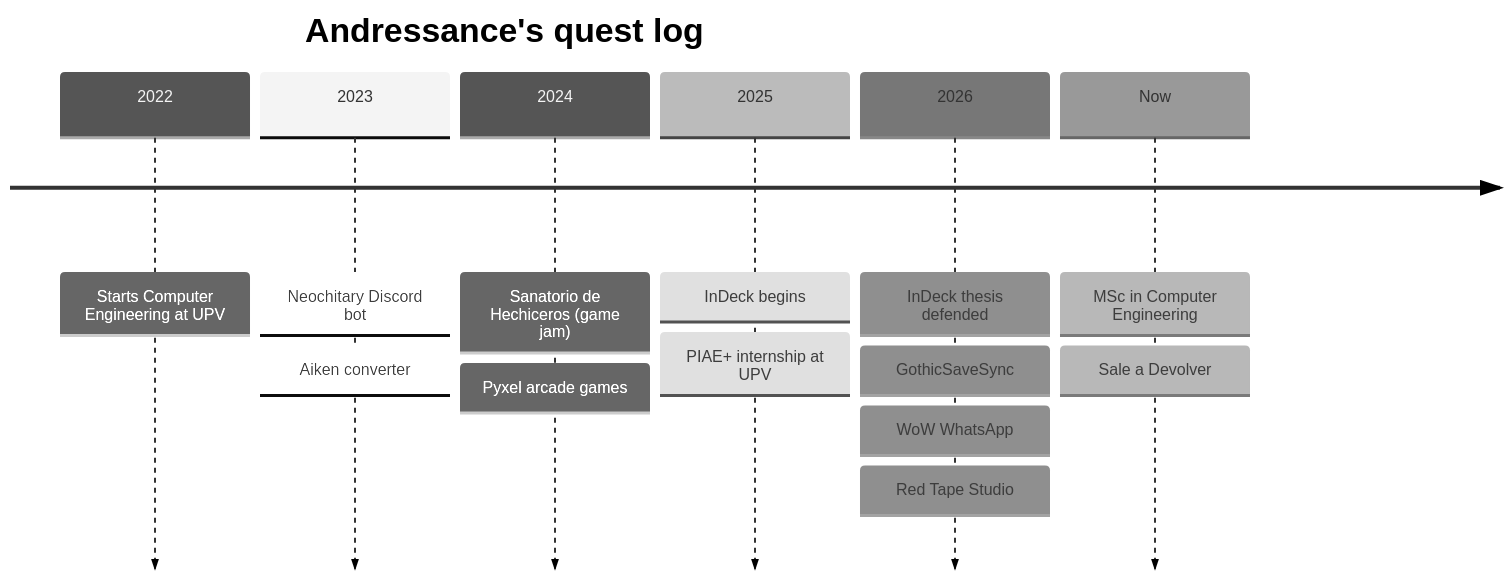
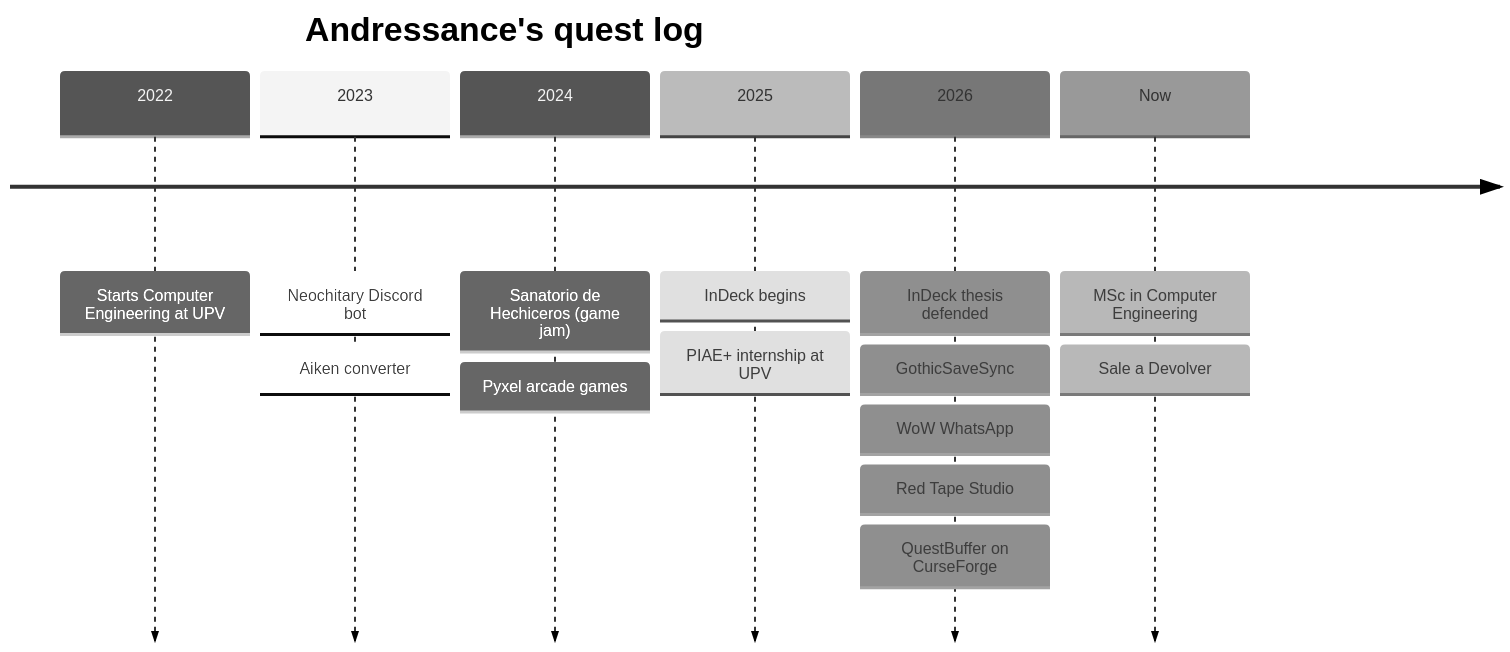
Before and after one commit to Andressance/Andressance: the diagram in README.md, drawn with Mermaid (neutral theme). The commit also changed other lines of this file, not shown here.

Commit message:
Add QuestBuffer to profile README

````diff
--- a/README.md
+++ b/README.md
@@ -96,10 +106,10 @@
 ```mermaid
 timeline
     title Andressance's quest log
     2022 : Starts Computer Engineering at UPV
     2023 : Neochitary Discord bot : Aiken converter
     2024 : Sanatorio de Hechiceros (game jam) : Pyxel arcade games
     2025 : InDeck begins : PIAE+ internship at UPV
-    2026 : InDeck thesis defended : GothicSaveSync : WoW WhatsApp : Red Tape Studio
+    2026 : InDeck thesis defended : GothicSaveSync : WoW WhatsApp : Red Tape Studio : QuestBuffer on CurseForge
     Now : MSc in Computer Engineering : Sale a Devolver
 ```
````
